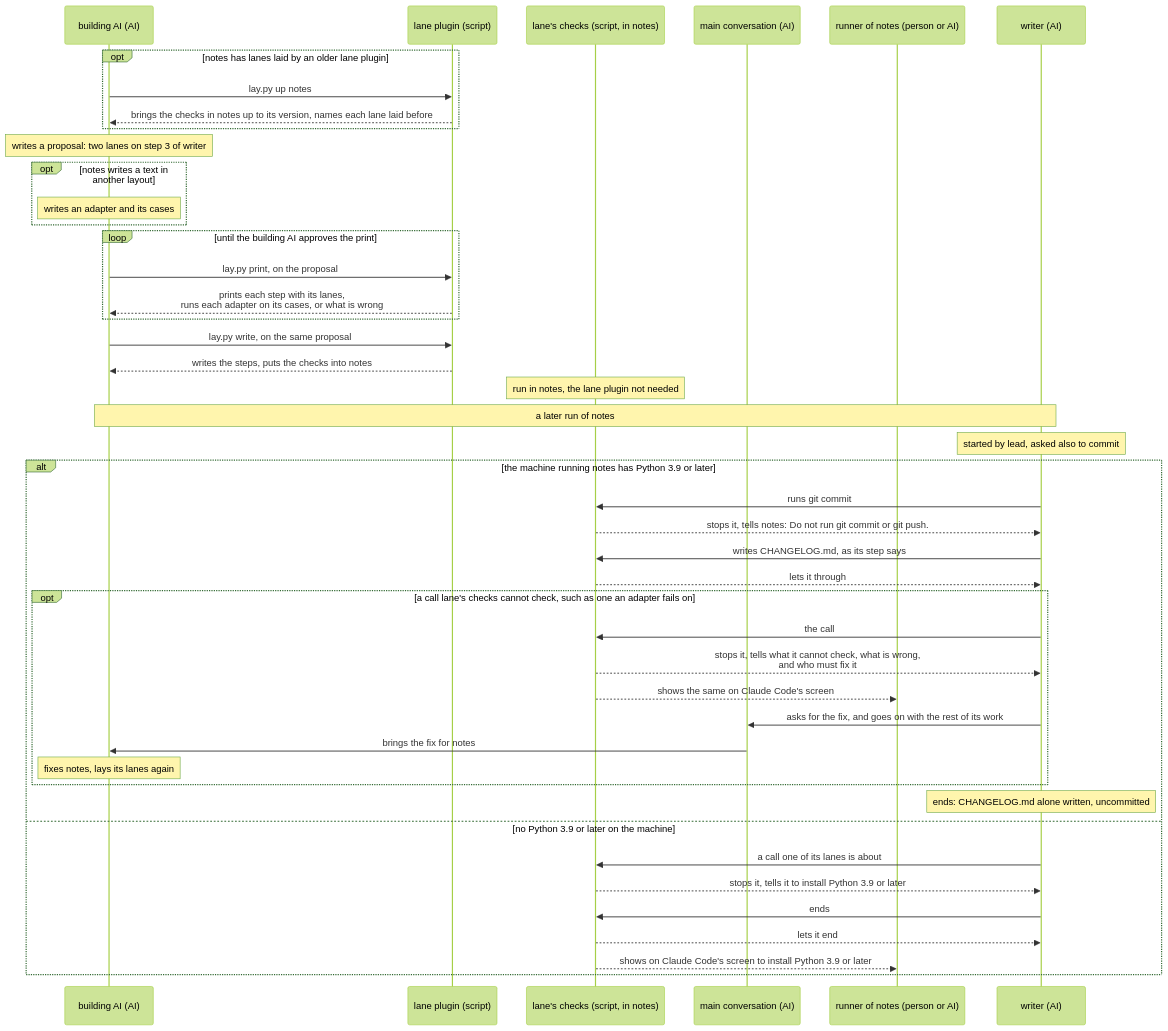
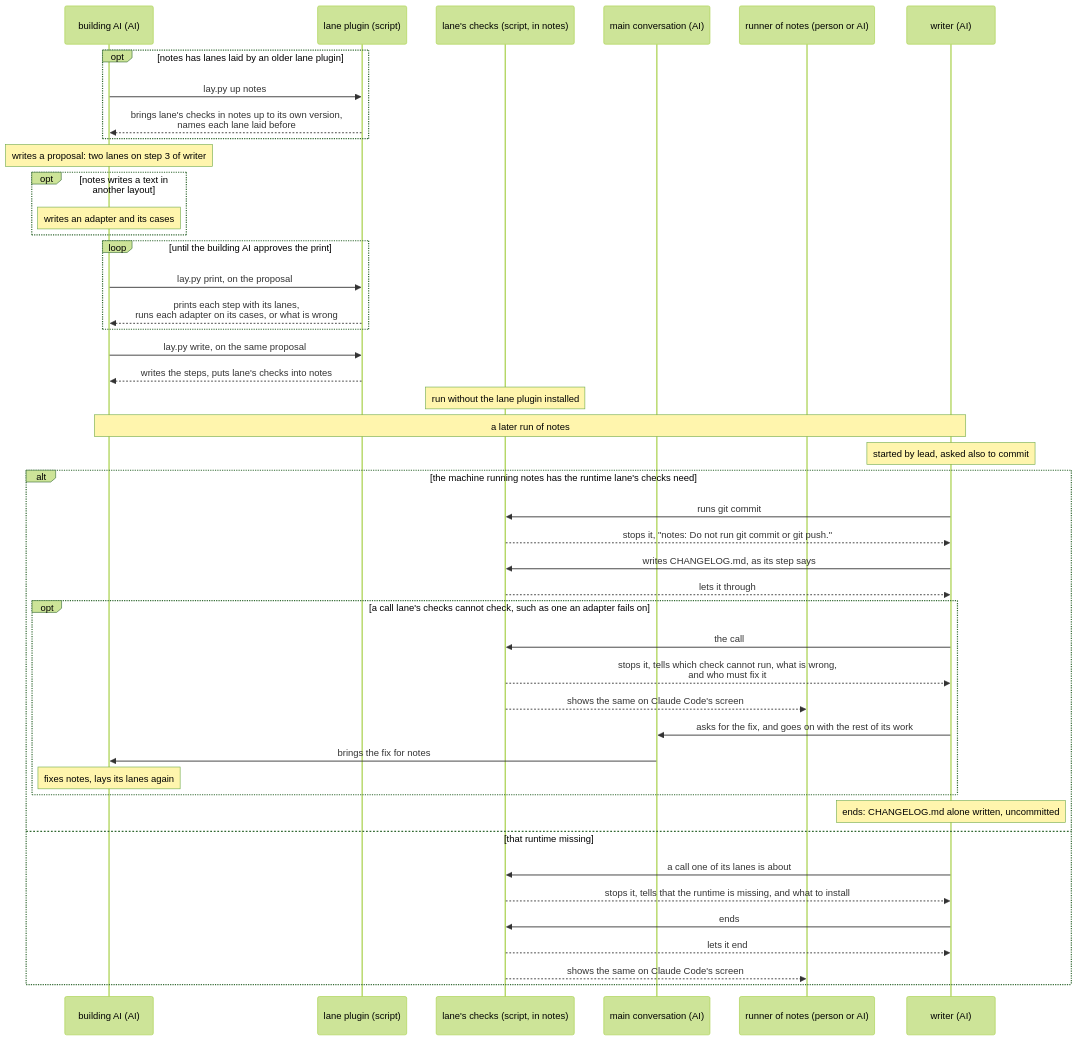
One commit to lovaizu/ccpm changed the first of 2 diagrams in dev/lane/ux.md. Above: the diagram before and after it, drawn with Mermaid (forest theme). The commit also changed other lines of this file, not shown here.

````diff
--- a/dev/lane/ux.md
+++ b/dev/lane/ux.md
@@ -78,47 +87,47 @@
 ```mermaid
 sequenceDiagram
   participant A as building AI (AI)
   participant L as lane plugin (script)
   participant K as lane's checks (script, in notes)
   participant M as main conversation (AI)
   participant U as runner of notes (person or AI)
   participant W as writer (AI)
   opt notes has lanes laid by an older lane plugin
     A->>L: lay.py up notes
-    L-->>A: brings the checks in notes up to its version, names each lane laid before
+    L-->>A: brings lane's checks in notes up to its own version,<br>names each lane laid before
   end
   Note over A: writes a proposal: two lanes on step 3 of writer
   opt notes writes a text in another layout
     Note over A: writes an adapter and its cases
   end
   loop until the building AI approves the print
     A->>L: lay.py print, on the proposal
     L-->>A: prints each step with its lanes,<br>runs each adapter on its cases, or what is wrong
   end
   A->>L: lay.py write, on the same proposal
-  L-->>A: writes the steps, puts the checks into notes
-  Note over K: run in notes, the lane plugin not needed
+  L-->>A: writes the steps, puts lane's checks into notes
+  Note over K: run without the lane plugin installed
   Note over A,W: a later run of notes
   Note over W: started by lead, asked also to commit
-  alt the machine running notes has Python 3.9 or later
+  alt the machine running notes has the runtime lane's checks need
     W->>K: runs git commit
-    K-->>W: stops it, tells notes: Do not run git commit or git push.
+    K-->>W: stops it, "notes: Do not run git commit or git push."
     W->>K: writes CHANGELOG.md, as its step says
     K-->>W: lets it through
     opt a call lane's checks cannot check, such as one an adapter fails on
       W->>K: the call
-      K-->>W: stops it, tells what it cannot check, what is wrong,<br>and who must fix it
+      K-->>W: stops it, tells which check cannot run, what is wrong,<br>and who must fix it
       K-->>U: shows the same on Claude Code's screen
       W->>M: asks for the fix, and goes on with the rest of its work
       M->>A: brings the fix for notes
       Note over A: fixes notes, lays its lanes again
     end
     Note over W: ends: CHANGELOG.md alone written, uncommitted
-  else no Python 3.9 or later on the machine
+  else that runtime missing
     W->>K: a call one of its lanes is about
-    K-->>W: stops it, tells it to install Python 3.9 or later
+    K-->>W: stops it, tells that the runtime is missing, and what to install
     W->>K: ends
     K-->>W: lets it end
-    K-->>U: shows on Claude Code's screen to install Python 3.9 or later
+    K-->>U: shows the same on Claude Code's screen
   end
 ```
````
